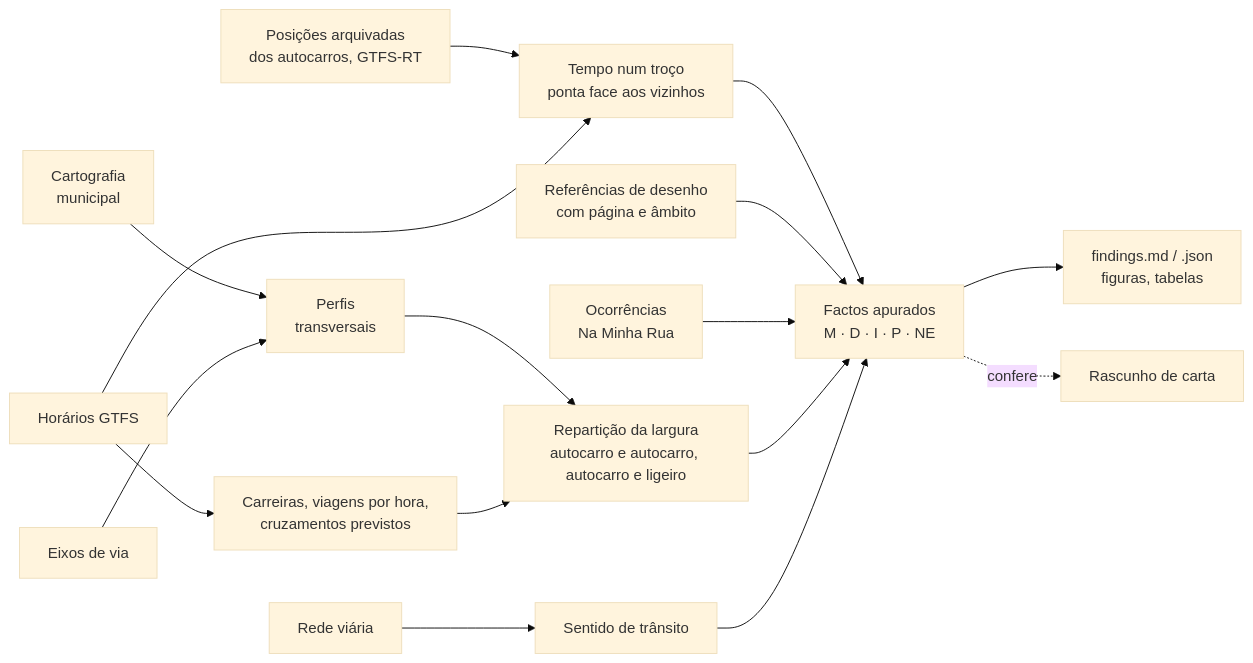
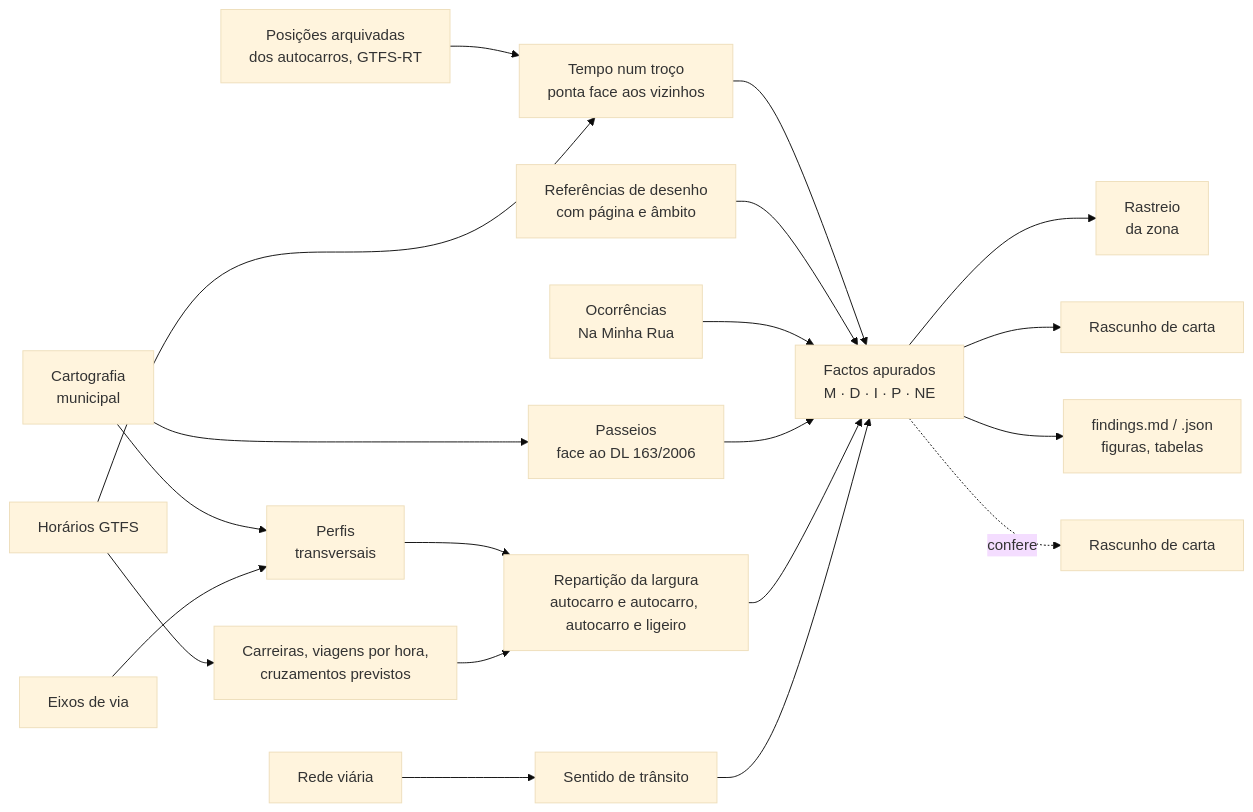
The diagram in README.md (diogo4256/mobilidados), drawn with Mermaid (base theme) before and after one commit. The commit also changed other lines of this file and 38 other files, not shown here.

````diff
--- a/README.md
+++ b/README.md
@@ -81,18 +99,21 @@
 ```mermaid
 flowchart LR
   A[Cartografia<br>municipal] --> P[Perfis<br>transversais]
   B[Eixos de via] --> P
   C[Rede viária] --> D[Sentido de trânsito]
   G[Horários GTFS] --> T[Carreiras, viagens por hora,<br>cruzamentos previstos]
   V[Posições arquivadas<br>dos autocarros, GTFS-RT] --> W[Tempo num troço<br>ponta face aos vizinhos]
   G --> W
   W --> L
   P --> E[Repartição da largura<br>autocarro e autocarro, autocarro e ligeiro]
   T --> E
   S[Referências de desenho<br>com página e âmbito] --> L
   O[Ocorrências<br>Na Minha Rua] --> L
+  A --> SW[Passeios<br>face ao DL 163/2006] --> L
+  L --> SC[Rastreio<br>da zona]
+  L --> DR[Rascunho de carta]
   E --> L[Factos apurados<br>M · D · I · P · NE]
   D --> L
   L --> R[findings.md / .json<br>figuras, tabelas]
   L -. confere .-> X[Rascunho de carta]
 ```
````
